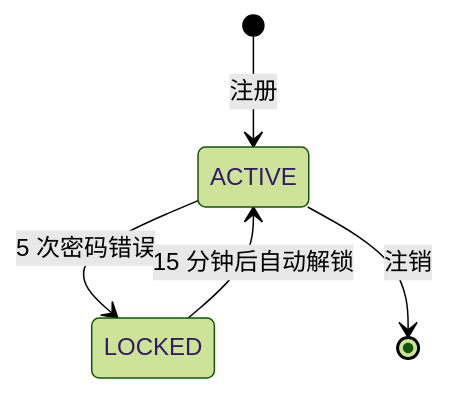
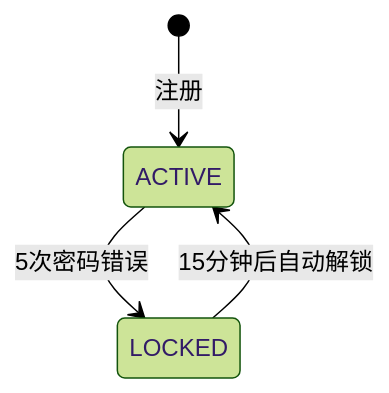
Before and after one commit to chensaics/Composable-Skills-Platform: the first of 2 diagrams in prompts/000-product-planning_csp.md, drawn with Mermaid (forest theme). The commit also changed other lines of this file and 2 other files, not shown here.

````diff
--- a/prompts/000-product-planning_csp.md
+++ b/prompts/000-product-planning_csp.md
@@ -462,7 +469,6 @@
 ```mermaid
 stateDiagram
     [*] --> ACTIVE: 注册
-    ACTIVE --> LOCKED: 5 次密码错误
-    LOCKED --> ACTIVE: 15 分钟后自动解锁
-    ACTIVE --> [*]: 注销
+    ACTIVE --> LOCKED: 5次密码错误
+    LOCKED --> ACTIVE: 15分钟后自动解锁
 ```
````
